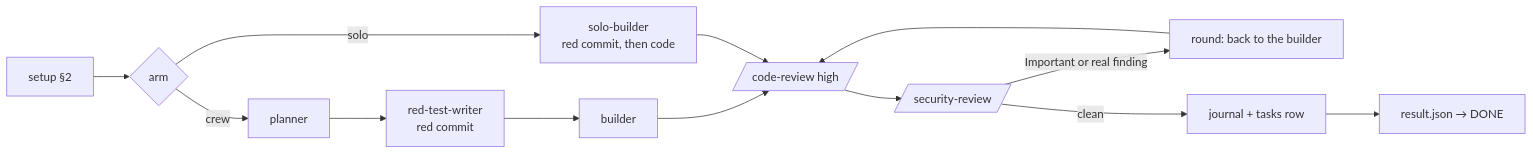
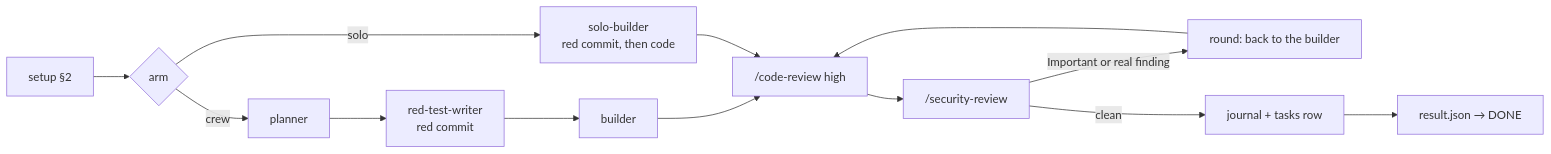
One commit to vpatrin/coupette changed the second of 2 diagrams in .claude/README.md. Above: the diagram before and after it, drawn with Mermaid. The commit also changed other lines of this file and 7 other files, not shown here.

````diff
--- a/.claude/README.md
+++ b/.claude/README.md
@@ -29,11 +29,11 @@
 ```mermaid
 flowchart LR
     SET[setup §2] --> ARM{arm}
     ARM -- crew --> PL[planner] --> RT[red-test-writer<br/>red commit] --> BU[builder]
     ARM -- solo --> SB[solo-builder<br/>red commit, then code]
-    BU --> CR[/code-review high/]
+    BU --> CR["/code-review high"]
     SB --> CR
-    CR --> SR[/security-review/]
+    CR --> SR["/security-review"]
     SR -- Important or real finding --> RND[round: back to the builder] --> CR
     SR -- clean --> J[journal + tasks row] --> RES[result.json → DONE]
 ```
````
